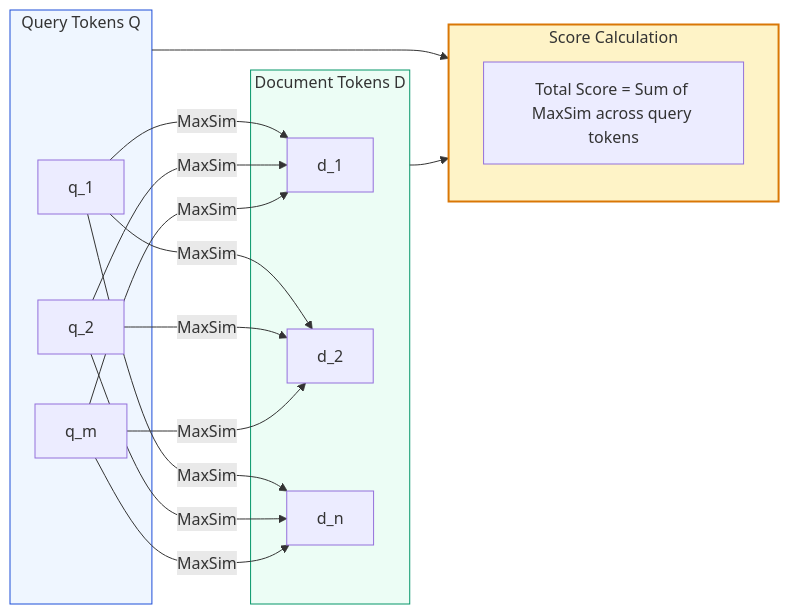
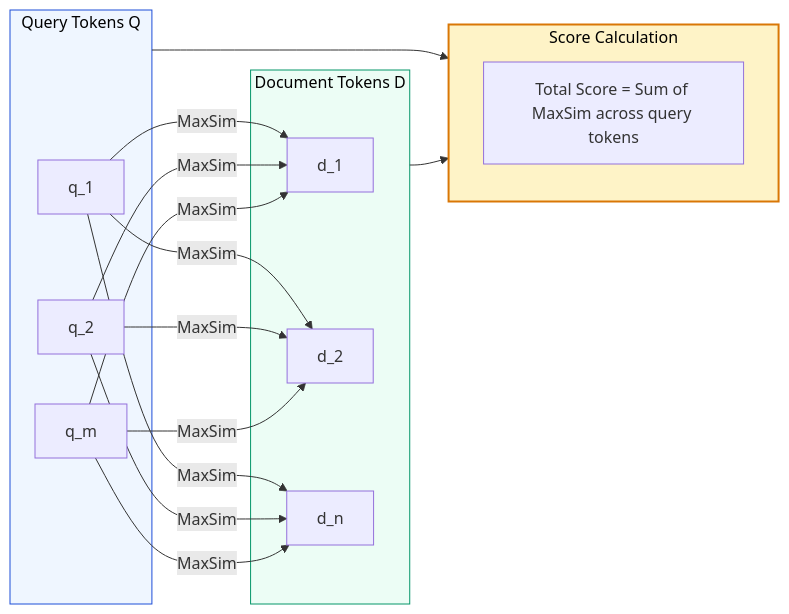
The third of 7 diagrams in 12-Resources/Research-Papers.md (swapnil3104/RAG-Engineering), drawn with Mermaid before and after one commit. The commit also changed other lines of this file and 108 other files, not shown here.

Commit message:
fix: make chart text visible across all Mermaid diagrams and resolve markdown table formatting issues

````diff
--- a/12-Resources/Research-Papers.md
+++ b/12-Resources/Research-Papers.md
@@ -159,29 +159,29 @@
 ```mermaid
 flowchart LR
     subgraph QueryEncoding ["Query Tokens Q"]
         q1["q_1"]
         q2["q_2"]
         q3["q_m"]
     end
 
     subgraph DocEncoding ["Document Tokens D"]
         d1["d_1"]
         d2["d_2"]
         d3["d_n"]
     end
 
     q1 -->|MaxSim| d1 & d2 & d3
     q2 -->|MaxSim| d1 & d2 & d3
     q3 -->|MaxSim| d1 & d2 & d3
 
     subgraph Aggregation ["Score Calculation"]
         Score["Total Score = Sum of MaxSim across query tokens"]
     end
 
     QueryEncoding --> Aggregation
     DocEncoding --> Aggregation
 
-    style QueryEncoding fill:#eff6ff,stroke:#1d4ed8,stroke-width:1px
-    style DocEncoding fill:#ecfdf5,stroke:#059669,stroke-width:1px
-    style Aggregation fill:#fef3c7,stroke:#d97706,stroke-width:2px
+    style QueryEncoding fill:#eff6ff,stroke:#1d4ed8,stroke-width:1px,color:#000000
+    style DocEncoding fill:#ecfdf5,stroke:#059669,stroke-width:1px,color:#000000
+    style Aggregation fill:#fef3c7,stroke:#d97706,stroke-width:2px,color:#000000
 ```
````
